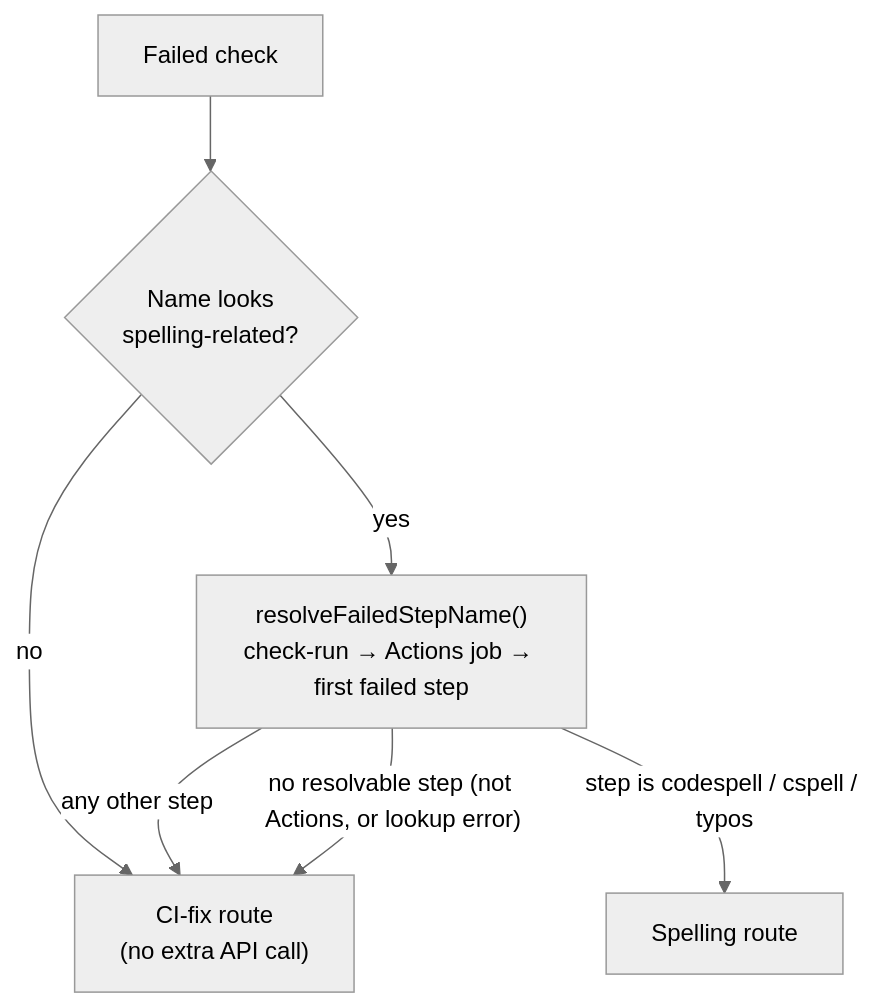
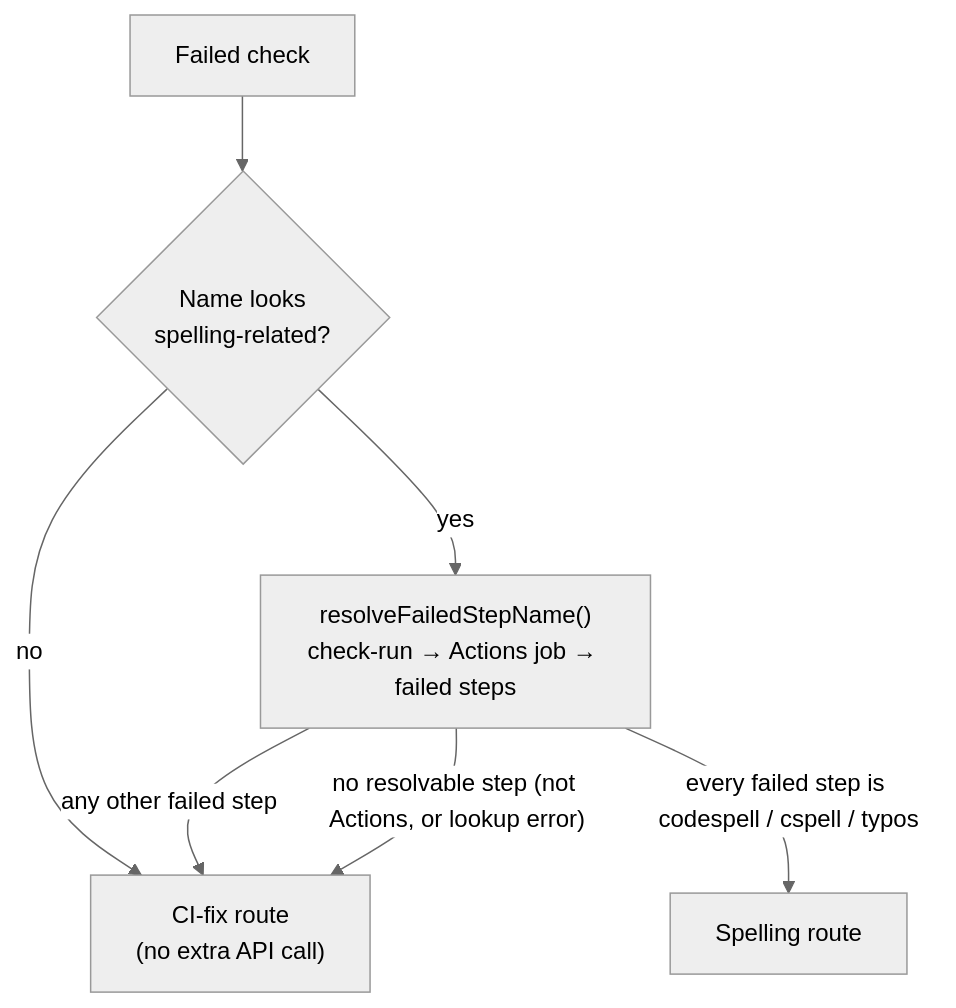
Diagram 15 of 29 in docs/INTERNALS.md (stSoftwareAU/VibeCoder), drawn with Mermaid (neutral theme) before and after one commit. The commit also changed 7 other files, not shown here.

First line of the commit message:
Address review: every failed step decides the route; fail loud on lookup errors (Issue #1579)

````diff
--- a/docs/INTERNALS.md
+++ b/docs/INTERNALS.md
@@ -1819,9 +1819,9 @@
 ```mermaid
 flowchart TD
     A["Failed check"] --> B{"Name looks<br/>spelling-related?"}
     B -- no --> CI["CI-fix route<br/>(no extra API call)"]
-    B -- yes --> C["resolveFailedStepName()<br/>check-run → Actions job → first failed step"]
-    C -- "step is codespell / cspell / typos" --> SP["Spelling route"]
-    C -- "any other step" --> CI
+    B -- yes --> C["resolveFailedStepName()<br/>check-run → Actions job → failed steps"]
+    C -- "every failed step is codespell / cspell / typos" --> SP["Spelling route"]
+    C -- "any other failed step" --> CI
     C -- "no resolvable step (not Actions, or lookup error)" --> CI
 ```
````
